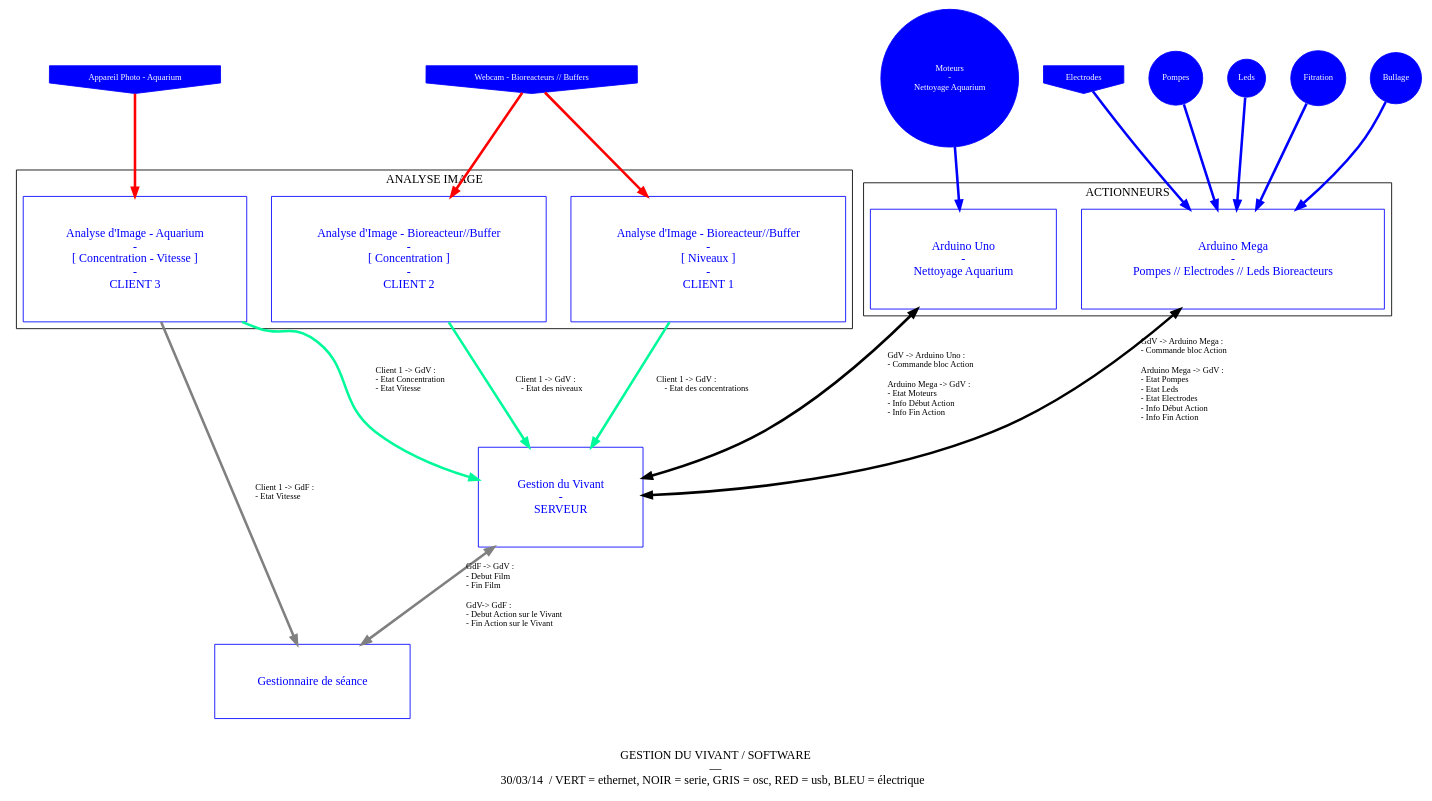
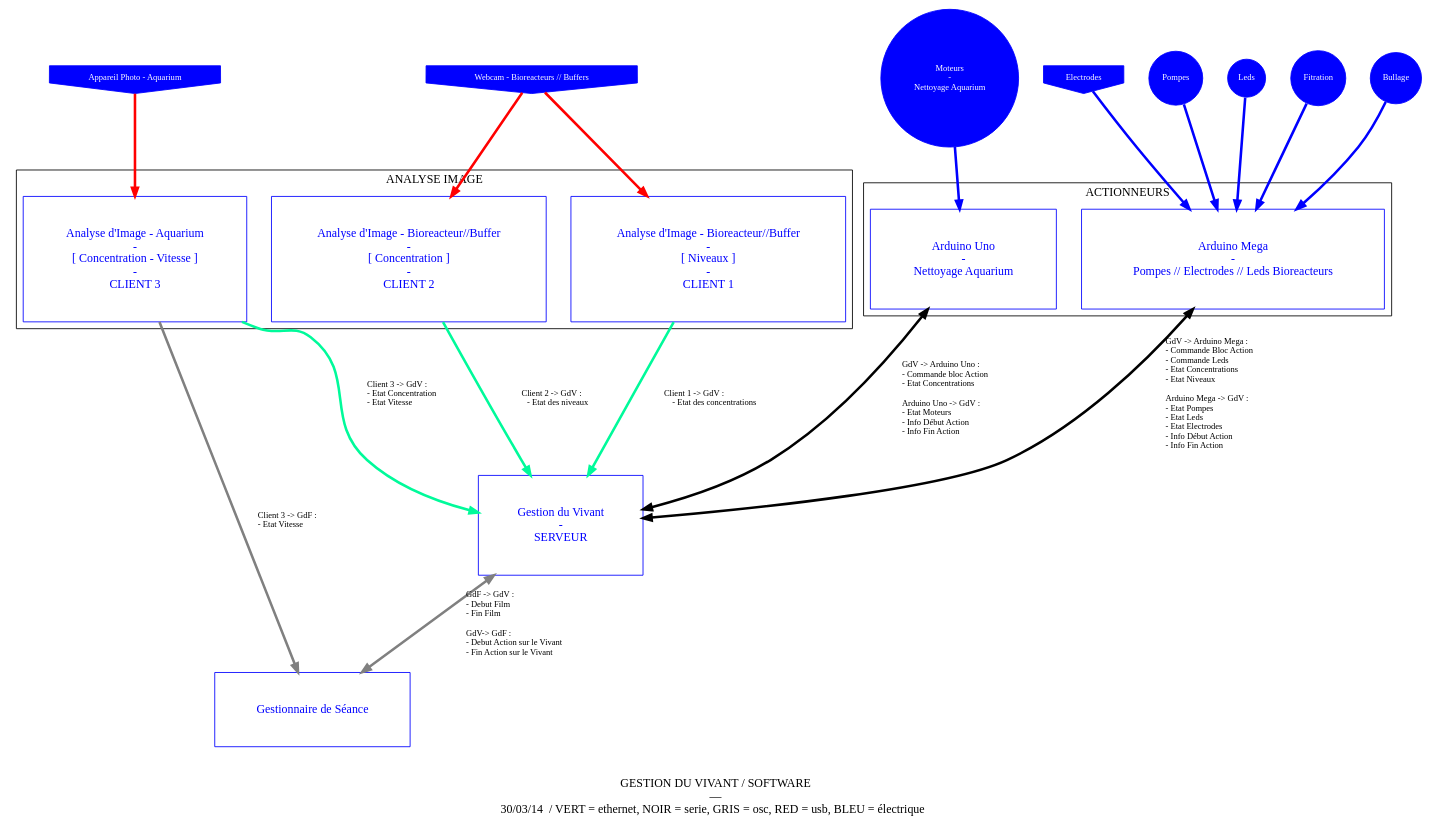
One commit to dcfvg/temporium changed the diagram in doc/Archi_Soft.dot. Above: the diagram before and after it, drawn with Graphviz. The commit also changed 1 other file, not shown here.

```diff
--- a/doc/Archi_Soft.dot
+++ b/doc/Archi_Soft.dot
@@ -1,108 +1,108 @@
 	digraph {
 	 label="\n\nGESTION DU VIVANT / SOFTWARE \n— \n30/03/14  / VERT = ethernet, NOIR = serie, GRIS = osc, RED = usb, BLEU = électrique  "
 	 rankdir="TP"
 	 nodesep = .4
 	
 	layout=dot
 	 
 	 fontsize=14
 	 fontname="myriadpro"
 	 
 	 node[fontsize=14, fontname="myriadpro", fontcolor=blue, color=blue, shape=house]
 	 edge[fontsize=10, fontname="monaco", color=green]
 
 
 subgraph organs {
 	     
 		 node[fontsize=14, fontname="myriadpro", fontcolor=blue, color=blue, shape=box, margin = 0.5]
 			
 	    arduino_pump [label ="Arduino Mega\n - \n Pompes // Electrodes // Leds Bioreacteurs "]
 	    arduino_clean [label ="Arduino Uno\n - \n Nettoyage Aquarium "]
 	    
 	 	life_controller [label ="Gestion du Vivant \n - \n SERVEUR"]
 	    
 	    det_level [label ="Analyse d'Image - Bioreacteur//Buffer\n - \n [ Niveaux ] \n - \n CLIENT 1"]
 	    det_conc [label ="Analyse d'Image - Bioreacteur//Buffer\n - \n[ Concentration ] \n - \n CLIENT 2"]
 	    det_aquarium [label = "Analyse d'Image - Aquarium \n - \n[ Concentration - Vitesse ]\n - \n CLIENT 3"]
 	  	
-	 	film_controller [label="Gestionnaire de séance"]
+	 	film_controller [label="Gestionnaire de Séance"]
 	 	
 	    
 		
 		
 		subgraph cluster_culture {
 	 		label="ANALYSE IMAGE"
 	 		det_level
 	   		det_conc
 	   		det_aquarium
 	 	}
 	 	
 	 	subgraph cluster_aquarium {
 	 		label="ACTIONNEURS"
 	 		node[height = 2, width = 1]
 	 		
 	 		arduino_pump
 	 		arduino_clean
 	 	}
 	}
 	subgraph device {
 		node[shape=circle, fontsize=10, style="filled", color=blue, fontcolor=white]
 		pumps [label ="Pompes"]
 		leds [label = "Leds"]
 		moteur [label = "Moteurs\n - \nNettoyage Aquarium"]
 		filtration_system [label ="Fitration"]
 		air_system [label ="Bullage"]
 	
 	}
 	subgraph sensor {
 		node[shape=invhouse, fontsize=10, style="filled", color=blue, fontcolor=white]
 		electrodes [label ="Electrodes"]
 		webcam [label= "Webcam - Bioreacteurs // Buffers"]
 		camera [label = "Appareil Photo - Aquarium"]
 		
 	}
 	
 	
 	
 	//RELATION 
 	subgraph Serie {
 		edge[penwidth=3, color=mediumspringgrey, dir = both,label=""]
 		
-	arduino_pump -> life_controller [label = "GdV -> Arduino Mega : \l - Commande bloc Action \l\lArduino Mega -> GdV :\l - Etat Pompes \l - Etat Leds\l - Etat Electrodes \l - Info Début Action\l - Info Fin Action\l "]
-	arduino_clean -> life_controller [label = "GdV -> Arduino Uno : \l - Commande bloc Action \l\lArduino Mega -> GdV :\l - Etat Moteurs \l - Info Début Action \l - Info Fin Action\l"]
+	arduino_pump -> life_controller [label = "GdV -> Arduino Mega : \l - Commande Bloc Action \l - Commande Leds \l - Etat Concentrations\l - Etat Niveaux   \l\lArduino Mega -> GdV :\l - Etat Pompes \l - Etat Leds\l - Etat Electrodes \l - Info Début Action\l - Info Fin Action\l "]
+	arduino_clean -> life_controller [label = "GdV -> Arduino Uno : \l - Commande bloc Action \l - Etat Concentrations\l\lArduino Uno -> GdV :\l - Etat Moteurs \l - Info Début Action \l - Info Fin Action\l"]
 	}
 	subgraph Ethernet {
 	edge[penwidth=3, color=mediumspringgreen, label=""] 
 	
 	det_level -> life_controller [label = "Client 1 -> GdV : \l - Etat des concentrations "]
-	det_conc -> life_controller [label = "Client 1 -> GdV : \l - Etat des niveaux "]
-	det_aquarium -> life_controller [label = "Client 1 -> GdV : \l - Etat Concentration\l - Etat Vitesse\l "]
+	det_conc -> life_controller [label = "Client 2 -> GdV : \l - Etat des niveaux "]
+	det_aquarium -> life_controller [label = "Client 3 -> GdV : \l - Etat Concentration\l - Etat Vitesse\l "]
 	}
 	
 	subgraph OSC {
 	
 	edge[penwidth=3, color=grey, dir = both, label = ""] 
 	
 	life_controller -> film_controller [label = "GdF -> GdV : \l - Debut Film \l - Fin Film \l\lGdV-> GdF :\l - Debut Action sur le Vivant \l - Fin Action sur le Vivant\l"]
 	
 	edge[penwidth=3, color=grey, dir = forward, label = ""] 
-	det_aquarium -> film_controller[label = "Client 1 -> GdF : \l - Etat Vitesse\l "]
+	det_aquarium -> film_controller[label = "Client 3 -> GdF : \l - Etat Vitesse\l "]
 	
 	
 
 		
 	}
 	Subgraph Elec {
 		edge[penwidth=3, color=blue, dir = forward, label = ""]
 		pumps, leds, electrodes, filtration_system, air_system -> arduino_pump
 		moteur -> arduino_clean
 		
 		}
 	Subgraph USB{
 		edge[penwidth=3, color=red, dir = forward, label = ""]
 		webcam -> det_level, det_conc
 		camera -> det_aquarium
 		}
 	
 	
 }
```
